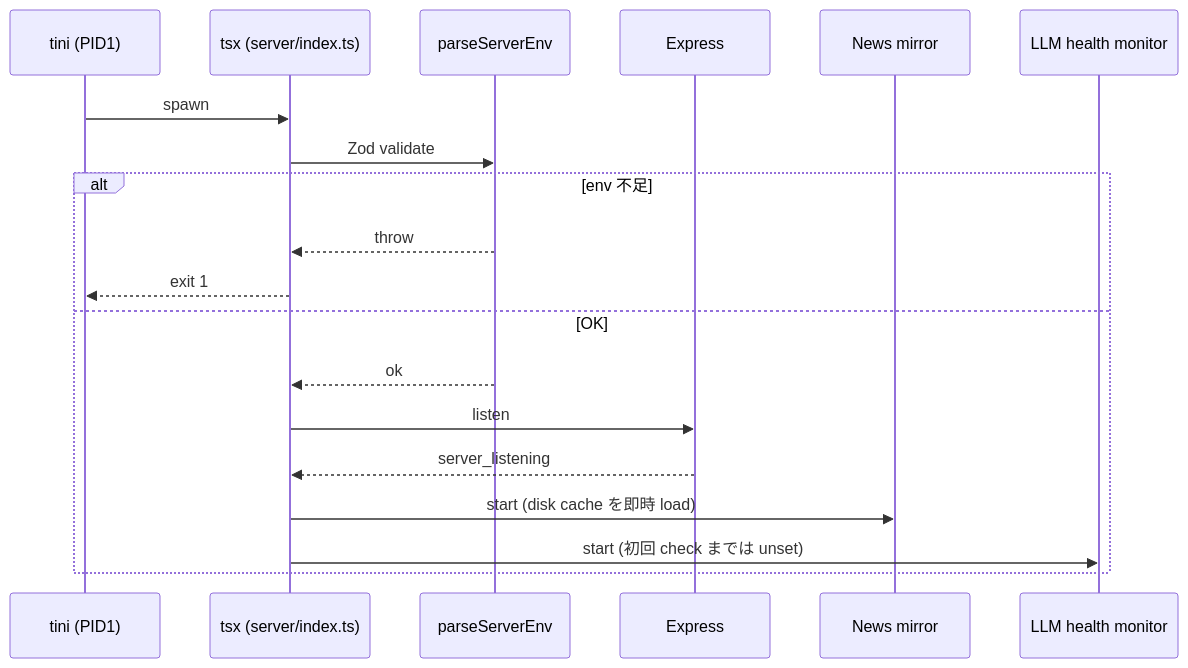
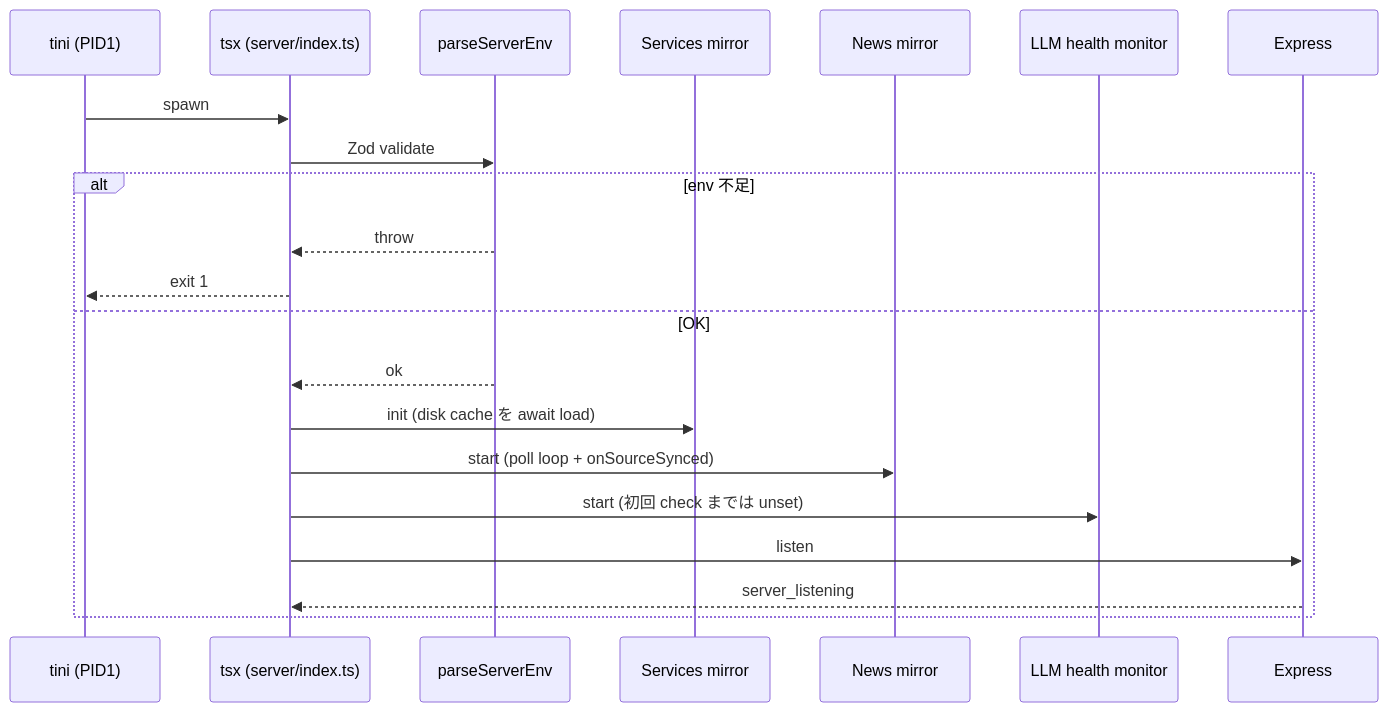
One commit to ddbj/db-portal changed the third of 3 diagrams in docs/deployment.md. Above: the diagram before and after it, drawn with Mermaid. The commit also changed other lines of this file and 11 other files, not shown here.

Commit message:
Clarify CSP style-src policy, fix content-tree cache timing, refine auth cookie security requirements, and correct startup sequence to init services before listening

````diff
--- a/docs/deployment.md
+++ b/docs/deployment.md
@@ -64,22 +64,24 @@
 ```mermaid
 sequenceDiagram
   participant tini as tini (PID1)
   participant node as tsx (server/index.ts)
   participant env as parseServerEnv
-  participant ex as Express
+  participant svc as Services mirror
   participant news as News mirror
   participant llm as LLM health monitor
+  participant ex as Express
 
   tini->>node: spawn
   node->>env: Zod validate
   alt env 不足
     env-->>node: throw
     node-->>tini: exit 1
   else OK
     env-->>node: ok
+    node->>svc: init (disk cache を await load)
+    node->>news: start (poll loop + onSourceSynced)
+    node->>llm: start (初回 check までは unset)
     node->>ex: listen
     ex-->>node: server_listening
-    node->>news: start (disk cache を即時 load)
-    node->>llm: start (初回 check までは unset)
   end
 ```
````
